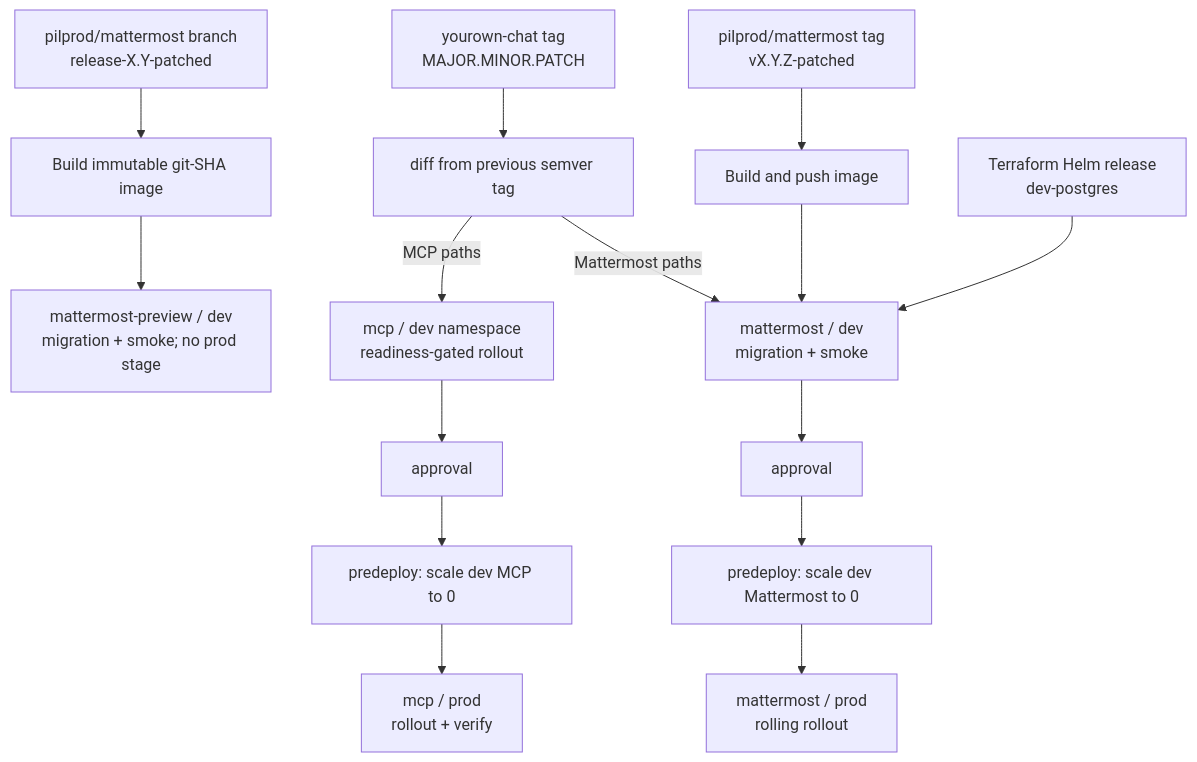
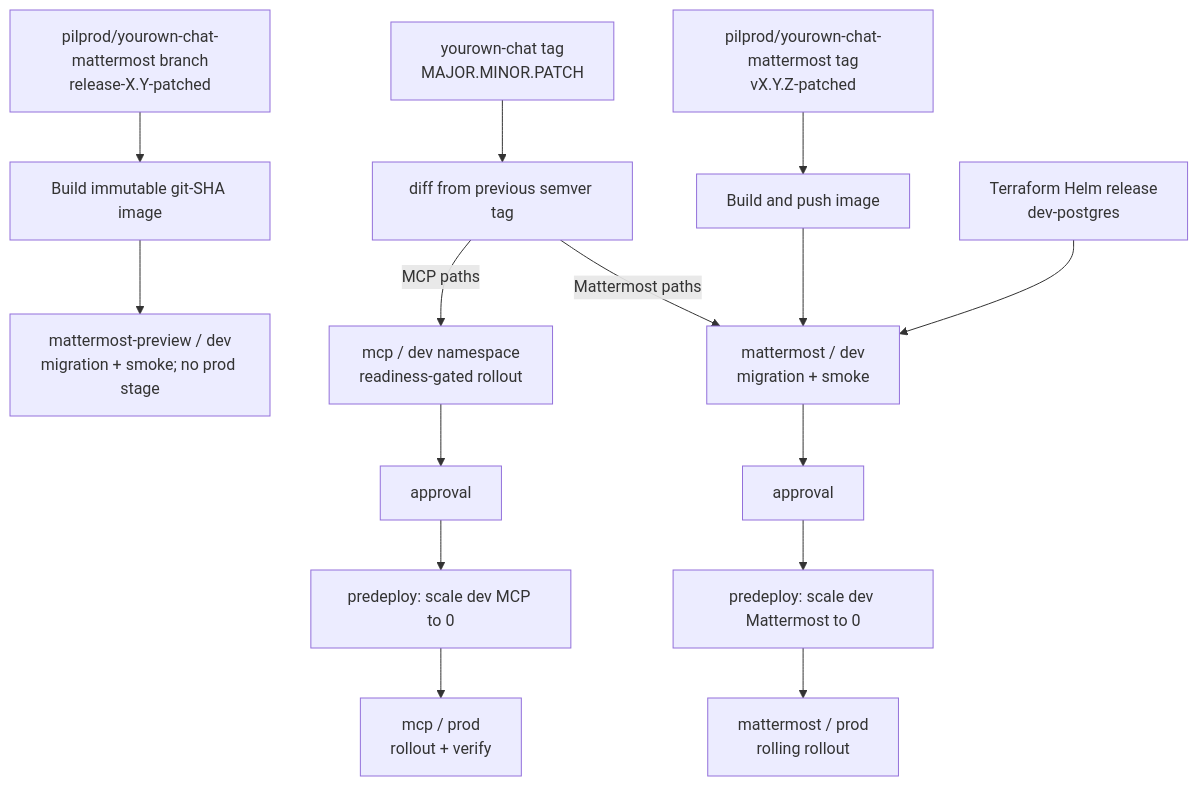
Before and after one commit to pilprod/yourown-chat: the diagram in docs/DEPLOY.md, drawn with Mermaid. The commit also changed other lines of this file and 99 other files, not shown here.

````diff
--- a/docs/DEPLOY.md
+++ b/docs/DEPLOY.md
@@ -9,20 +9,20 @@
 ```mermaid
 flowchart TD
-  PREVIEW["pilprod/mattermost branch<br/>release-X.Y-patched"] --> PBUILD["Build immutable git-SHA image"]
+  PREVIEW["pilprod/yourown-chat-mattermost branch<br/>release-X.Y-patched"] --> PBUILD["Build immutable git-SHA image"]
   PBUILD --> PDEV["mattermost-preview / dev<br/>migration + smoke; no prod stage"]
 
-  MT["pilprod/mattermost tag<br/>vX.Y.Z-patched"] --> BUILD["Build and push image"]
+  MT["pilprod/yourown-chat-mattermost tag<br/>vX.Y.Z-patched"] --> BUILD["Build and push image"]
   BUILD --> MMTEST["mattermost / dev<br/>migration + smoke"]
   MMTEST --> MMAPPROVE["approval"]
   MMAPPROVE --> MMCLEAN["predeploy: scale dev Mattermost to 0"]
   MMCLEAN --> MMPROD["mattermost / prod<br/>rolling rollout"]
 
   PT["yourown-chat tag<br/>MAJOR.MINOR.PATCH"] --> DIFF["diff from previous semver tag"]
   DIFF -->|"Mattermost paths"| MMTEST
   DIFF -->|"MCP paths"| MCPDEV["mcp / dev namespace<br/>readiness-gated rollout"]
   MCPDEV --> MCPAPPROVE["approval"]
   MCPAPPROVE --> MCPCLEAN["predeploy: scale dev MCP to 0"]
   MCPCLEAN --> MCPPROD["mcp / prod<br/>rollout + verify"]
 
   PG["Terraform Helm release<br/>dev-postgres"] --> MMTEST
 ```
````
